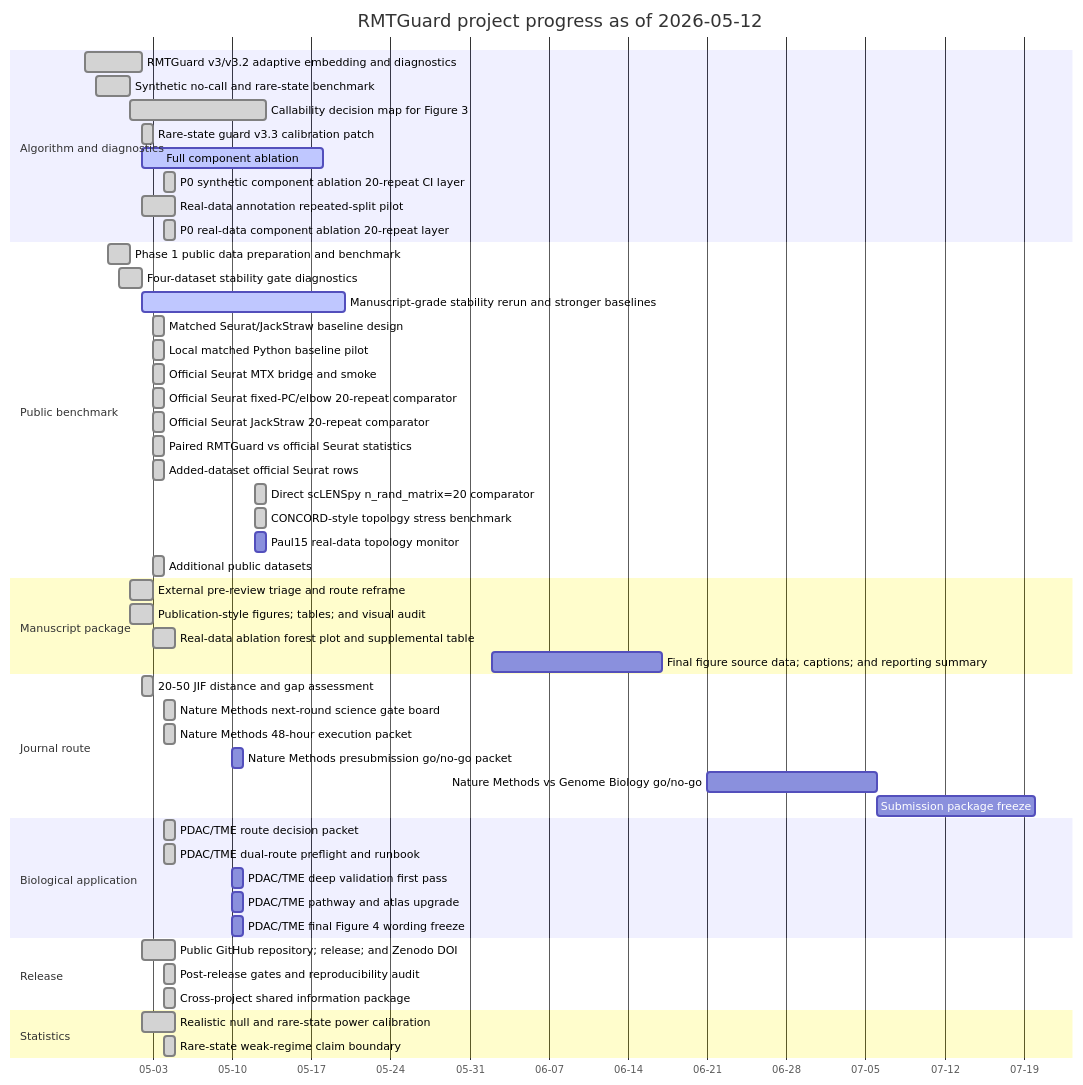
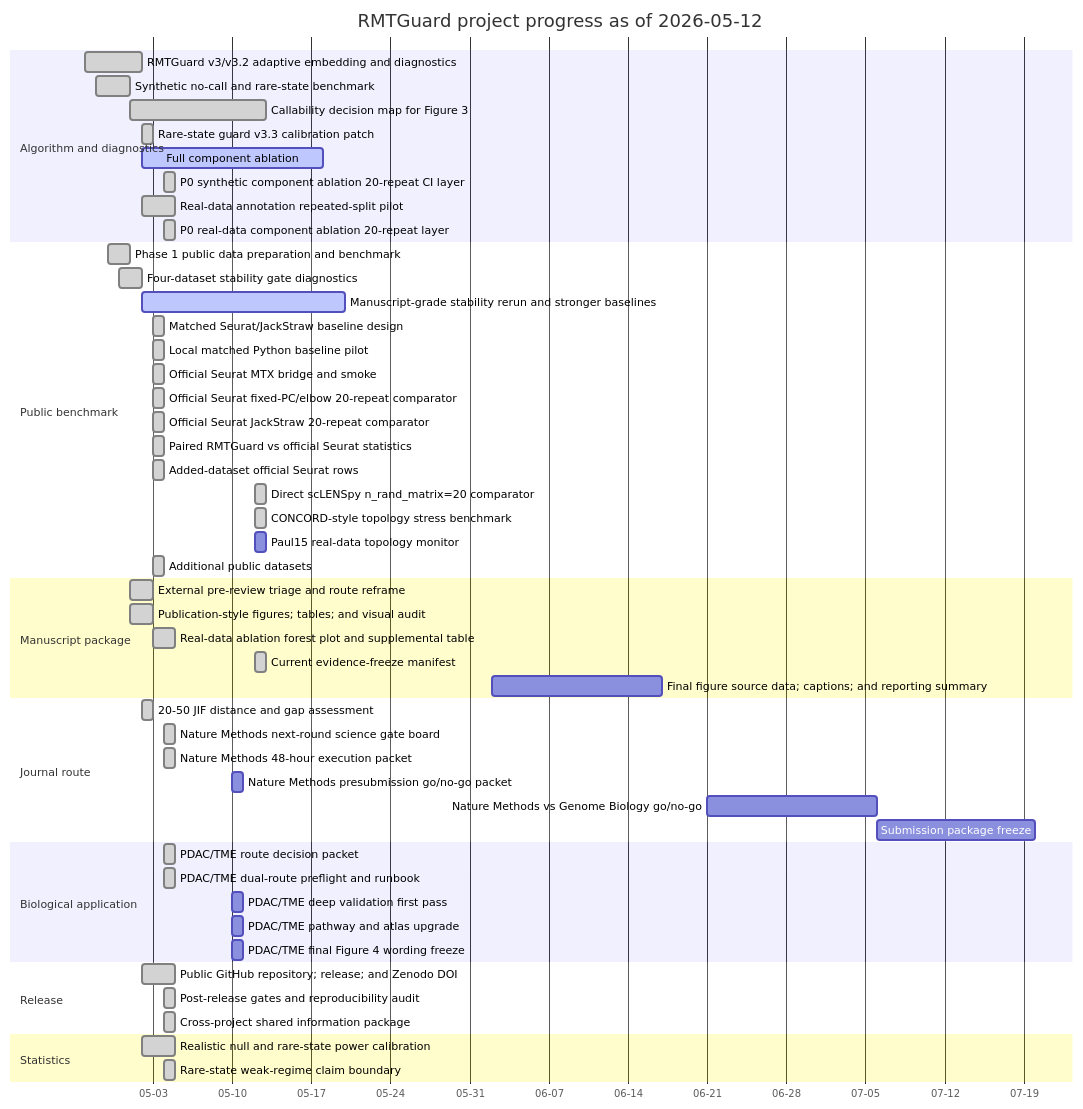
One commit to healthgreat/rmtguard changed the diagram in results/project_management/rmtguard_project_gantt.md. Above: the diagram before and after it, drawn with Mermaid. The commit also changed other lines of this file and 12 other files, not shown here.

Commit message:
Add current evidence freeze manifest

````diff
--- a/results/project_management/rmtguard_project_gantt.md
+++ b/results/project_management/rmtguard_project_gantt.md
@@ -13,55 +13,56 @@
 ```mermaid
 gantt
     title RMTGuard project progress as of 2026-05-12
     dateFormat  YYYY-MM-DD
     axisFormat  %m-%d
     section Algorithm and diagnostics
     RMTGuard v3/v3.2 adaptive embedding and diagnostics :done, T01, 2026-04-27, 5d
     Synthetic no-call and rare-state benchmark :done, T02, 2026-04-28, 3d
     Callability decision map for Figure 3 :done, T03, 2026-05-01, 12d
     Rare-state guard v3.3 calibration patch :done, T04, 2026-05-02, 1d
     Full component ablation :active, T18, 2026-05-02, 16d
     P0 synthetic component ablation 20-repeat CI layer :done, T19, 2026-05-04, 1d
     Real-data annotation repeated-split pilot :done, T20, 2026-05-02, 3d
     P0 real-data component ablation 20-repeat layer :done, T21, 2026-05-04, 1d
     section Public benchmark
     Phase 1 public data preparation and benchmark :done, T05, 2026-04-29, 2d
     Four-dataset stability gate diagnostics :done, T06, 2026-04-30, 2d
     Manuscript-grade stability rerun and stronger baselines :active, T17, 2026-05-02, 18d
-    Matched Seurat/JackStraw baseline design :done, T23, 2026-05-03, 1d
-    Local matched Python baseline pilot :done, T24, 2026-05-03, 1d
-    Official Seurat MTX bridge and smoke :done, T25, 2026-05-03, 1d
-    Official Seurat fixed-PC/elbow 20-repeat comparator :done, T26, 2026-05-03, 1d
-    Official Seurat JackStraw 20-repeat comparator :done, T27, 2026-05-03, 1d
-    Paired RMTGuard vs official Seurat statistics :done, T28, 2026-05-03, 1d
-    Added-dataset official Seurat rows :done, T29, 2026-05-03, 1d
-    Direct scLENSpy n_rand_matrix=20 comparator :done, T30, 2026-05-12, 1d
-    CONCORD-style topology stress benchmark :done, T31, 2026-05-12, 1d
-    Paul15 real-data topology monitor :T32, 2026-05-12, 1d
-    Additional public datasets :done, T36, 2026-05-03, 1d
+    Matched Seurat/JackStraw baseline design :done, T24, 2026-05-03, 1d
+    Local matched Python baseline pilot :done, T25, 2026-05-03, 1d
+    Official Seurat MTX bridge and smoke :done, T26, 2026-05-03, 1d
+    Official Seurat fixed-PC/elbow 20-repeat comparator :done, T27, 2026-05-03, 1d
+    Official Seurat JackStraw 20-repeat comparator :done, T28, 2026-05-03, 1d
+    Paired RMTGuard vs official Seurat statistics :done, T29, 2026-05-03, 1d
+    Added-dataset official Seurat rows :done, T30, 2026-05-03, 1d
+    Direct scLENSpy n_rand_matrix=20 comparator :done, T31, 2026-05-12, 1d
+    CONCORD-style topology stress benchmark :done, T32, 2026-05-12, 1d
+    Paul15 real-data topology monitor :T33, 2026-05-12, 1d
+    Additional public datasets :done, T37, 2026-05-03, 1d
     section Manuscript package
     External pre-review triage and route reframe :done, T07, 2026-05-01, 2d
     Publication-style figures; tables; and visual audit :done, T08, 2026-05-01, 2d
     Real-data ablation forest plot and supplemental table :done, T22, 2026-05-03, 2d
-    Final figure source data; captions; and reporting summary :T37, 2026-06-02, 15d
+    Current evidence-freeze manifest :done, T23, 2026-05-12, 1d
+    Final figure source data; captions; and reporting summary :T38, 2026-06-02, 15d
     section Journal route
     20-50 JIF distance and gap assessment :done, T09, 2026-05-02, 1d
     Nature Methods next-round science gate board :done, T10, 2026-05-04, 1d
     Nature Methods 48-hour execution packet :done, T11, 2026-05-04, 1d
-    Nature Methods presubmission go/no-go packet :T40, 2026-05-10, 1d
-    Nature Methods vs Genome Biology go/no-go :T41, 2026-06-21, 15d
-    Submission package freeze :T42, 2026-07-06, 14d
+    Nature Methods presubmission go/no-go packet :T41, 2026-05-10, 1d
+    Nature Methods vs Genome Biology go/no-go :T42, 2026-06-21, 15d
+    Submission package freeze :T43, 2026-07-06, 14d
     section Biological application
     PDAC/TME route decision packet :done, T12, 2026-05-04, 1d
     PDAC/TME dual-route preflight and runbook :done, T13, 2026-05-04, 1d
-    PDAC/TME deep validation first pass :T33, 2026-05-10, 1d
-    PDAC/TME pathway and atlas upgrade :T34, 2026-05-10, 1d
-    PDAC/TME final Figure 4 wording freeze :T35, 2026-05-10, 1d
+    PDAC/TME deep validation first pass :T34, 2026-05-10, 1d
+    PDAC/TME pathway and atlas upgrade :T35, 2026-05-10, 1d
+    PDAC/TME final Figure 4 wording freeze :T36, 2026-05-10, 1d
     section Release
     Public GitHub repository; release; and Zenodo DOI :done, T14, 2026-05-02, 3d
-    Post-release gates and reproducibility audit :done, T38, 2026-05-04, 1d
-    Cross-project shared information package :done, T39, 2026-05-04, 1d
+    Post-release gates and reproducibility audit :done, T39, 2026-05-04, 1d
+    Cross-project shared information package :done, T40, 2026-05-04, 1d
     section Statistics
     Realistic null and rare-state power calibration :done, T15, 2026-05-02, 3d
     Rare-state weak-regime claim boundary :done, T16, 2026-05-04, 1d
 ```
````
